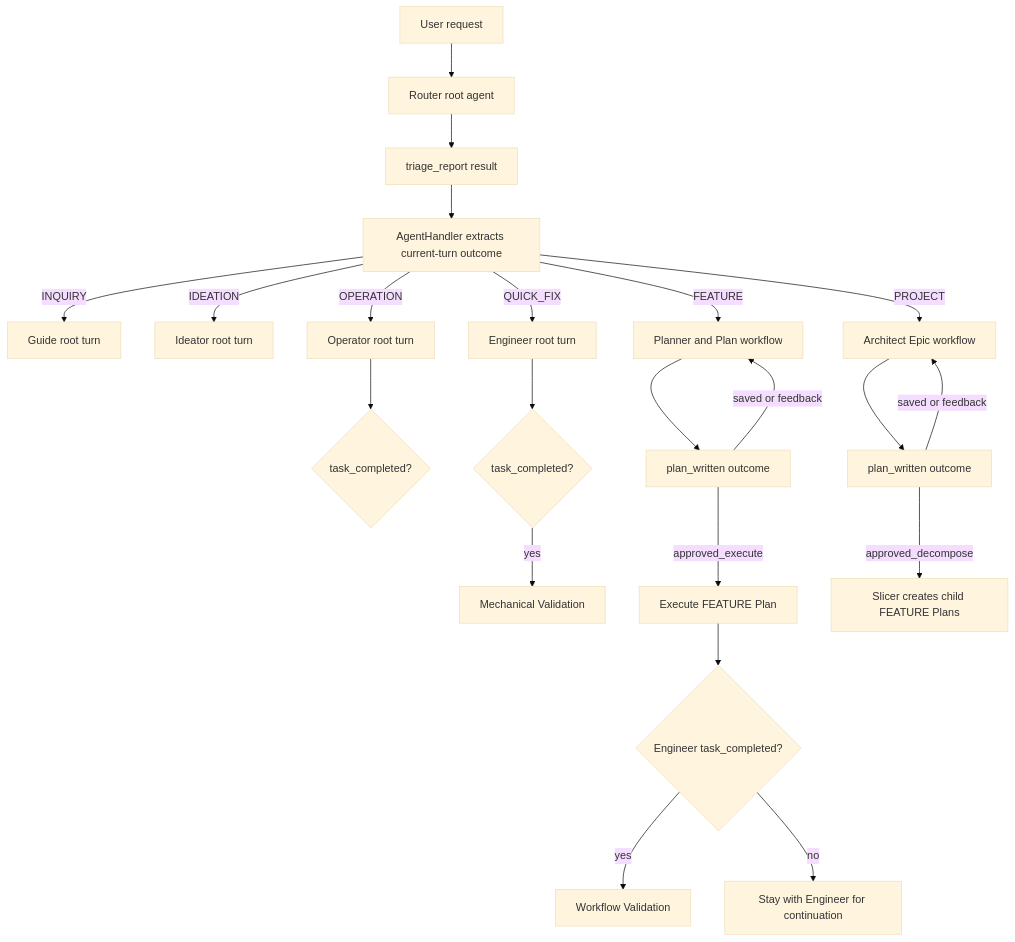
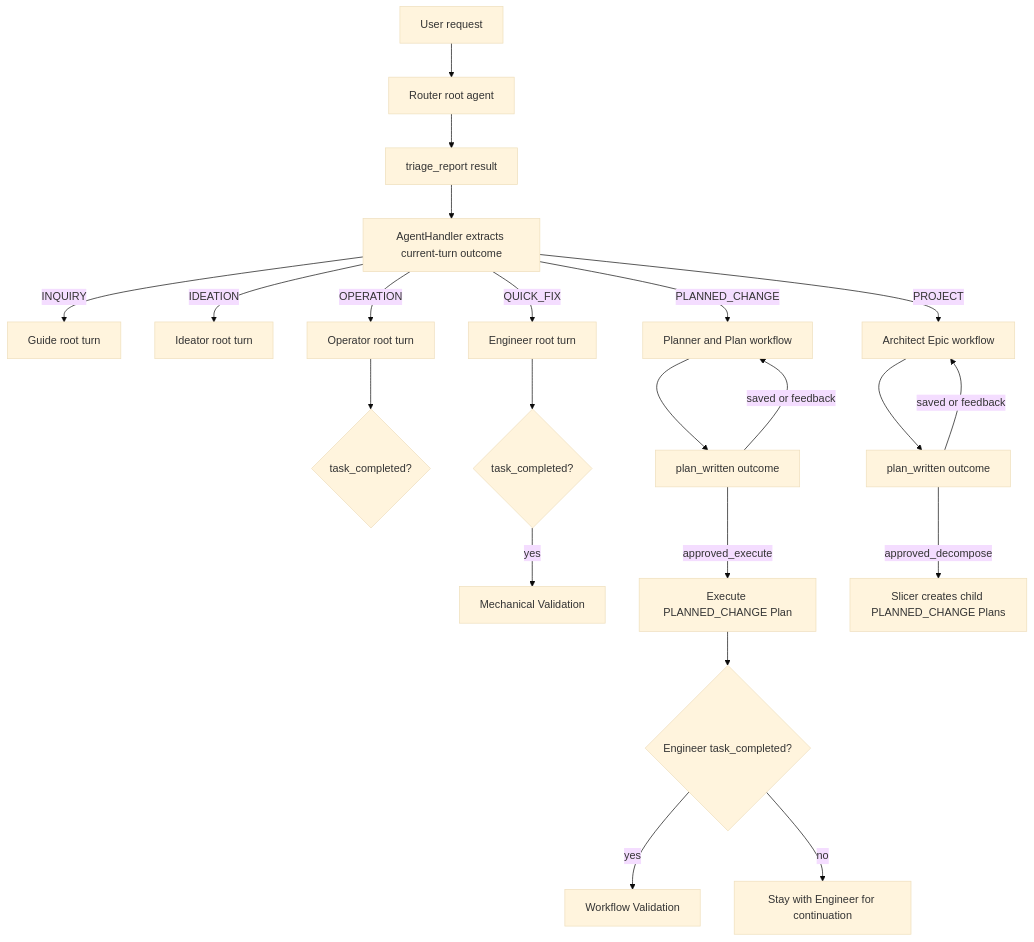
Before and after one commit to gandazgul/runwield: the tenth of 13 diagrams in architecture.md, drawn with Mermaid (base theme). The commit also changed other lines of this file and 2 other files, not shown here.

````diff
--- a/architecture.md
+++ b/architecture.md
@@ -580,28 +591,28 @@
 ```mermaid
 flowchart TD
     Request["User request"] --> Router["Router root agent"]
     Router --> Triage["triage_report result"]
     Triage --> Handler["AgentHandler extracts current-turn outcome"]
 
     Handler -->|INQUIRY| Guide["Guide root turn"]
     Handler -->|IDEATION| Ideator["Ideator root turn"]
     Handler -->|OPERATION| Operator["Operator root turn"]
     Handler -->|QUICK_FIX| QuickEngineer["Engineer root turn"]
-    Handler -->|FEATURE| Planner["Planner and Plan workflow"]
+    Handler -->|PLANNED_CHANGE| Planner["Planner and Plan workflow"]
     Handler -->|PROJECT| Architect["Architect Epic workflow"]
 
     Operator --> OperationGate{"task_completed?"}
     QuickEngineer --> QuickGate{"task_completed?"}
     QuickGate -->|yes| Mechanical["Mechanical Validation"]
 
     Planner --> PlanOutcome["plan_written outcome"]
     Architect --> EpicOutcome["plan_written outcome"]
-    PlanOutcome -->|approved_execute| Execute["Execute FEATURE Plan"]
+    PlanOutcome -->|approved_execute| Execute["Execute PLANNED_CHANGE Plan"]
     PlanOutcome -->|saved or feedback| Planner
-    EpicOutcome -->|approved_decompose| Slicer["Slicer creates child FEATURE Plans"]
+    EpicOutcome -->|approved_decompose| Slicer["Slicer creates child PLANNED_CHANGE Plans"]
     EpicOutcome -->|saved or feedback| Architect
 
     Execute --> CompletionGate{"Engineer task_completed?"}
     CompletionGate -->|yes| Validation["Workflow Validation"]
     CompletionGate -->|no| Paused["Stay with Engineer for continuation"]
 ```
````
